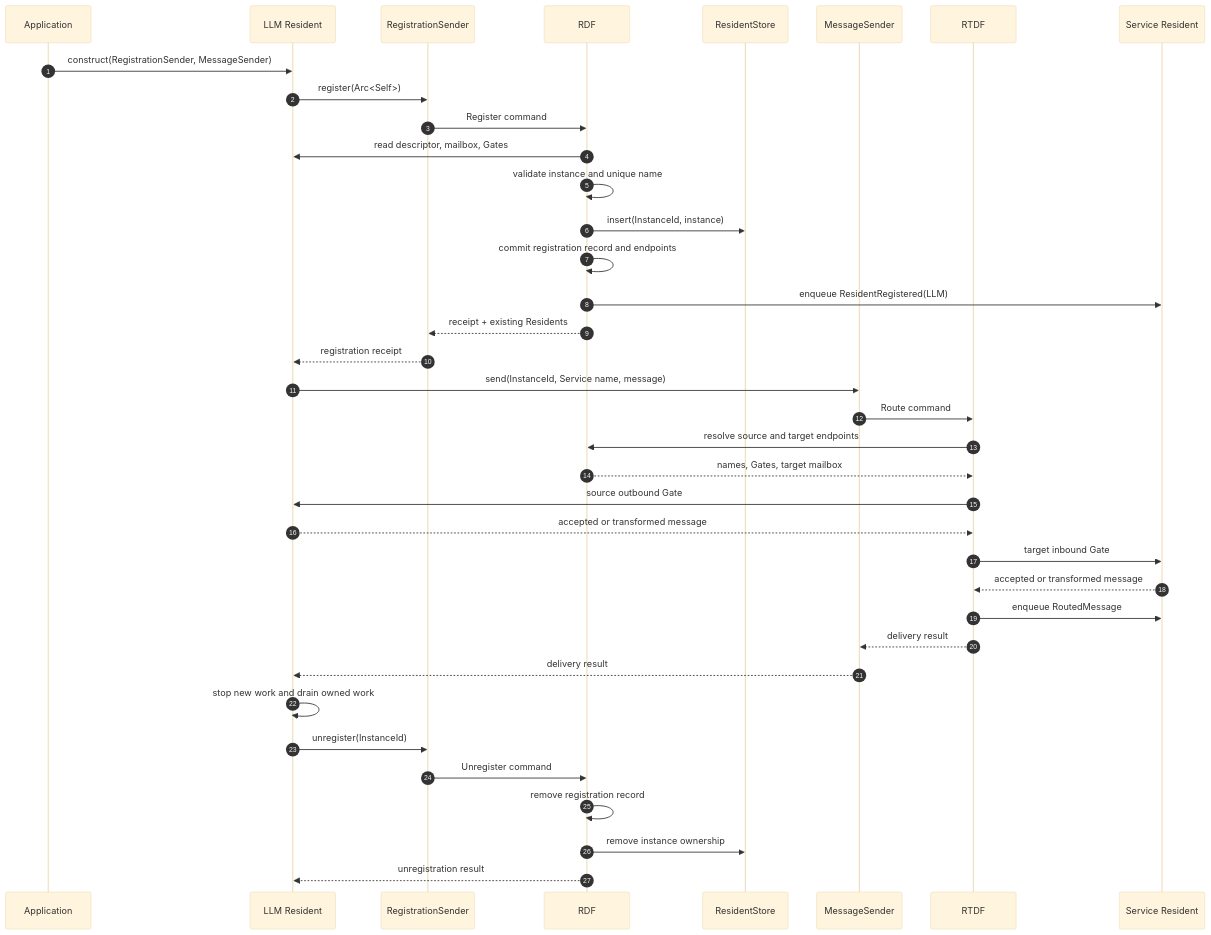
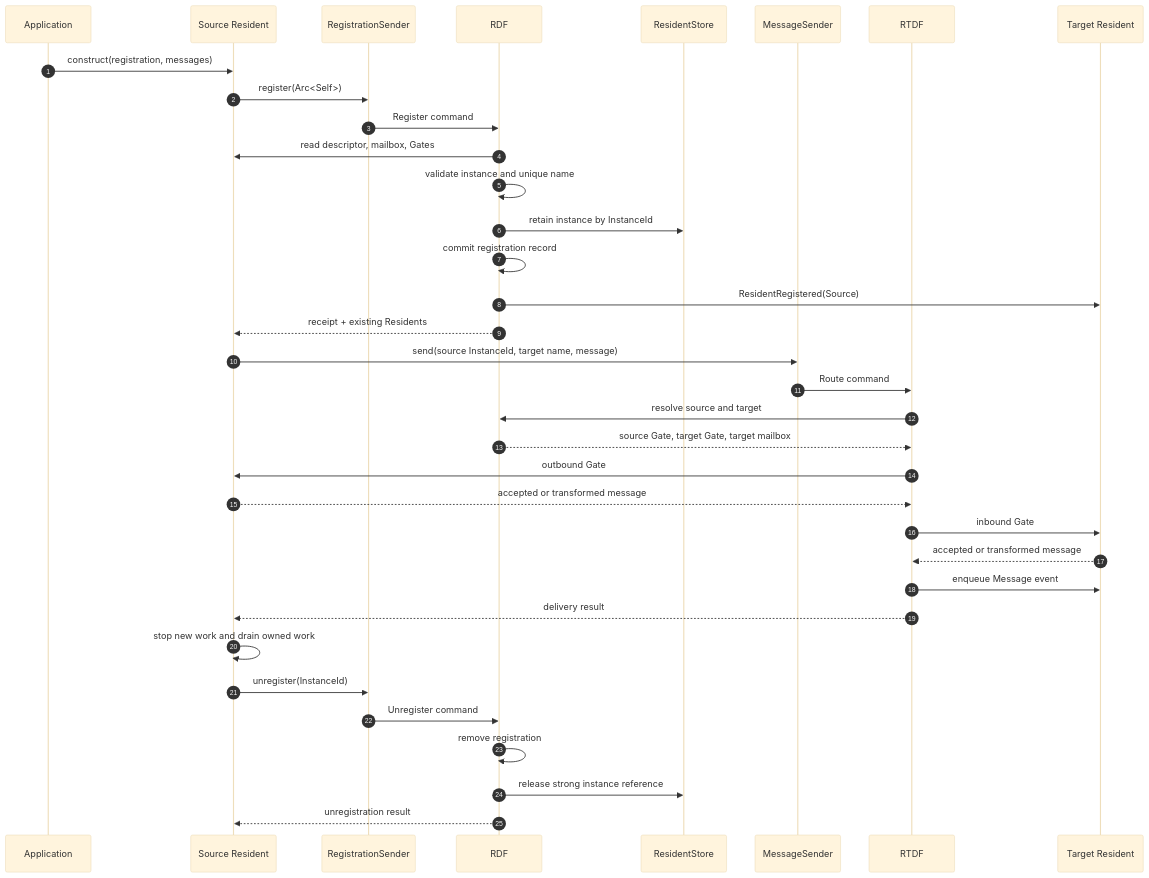
One commit to Heyu2002/NormaHarness changed the second of 2 diagrams in README.md. Above: the diagram before and after it, drawn with Mermaid (base theme). The commit also changed other lines of this file and 1 other file, not shown here.

````diff
--- a/README.md
+++ b/README.md
@@ -17,42 +193,40 @@
 ```mermaid
 sequenceDiagram
     autonumber
     participant App as Application
-    participant LLM as LLM Resident
+    participant Source as Source Resident
     participant Reg as RegistrationSender
     participant RDF
     participant Store as ResidentStore
     participant Msg as MessageSender
     participant RTDF
-    participant Service as Service Resident
+    participant Target as Target Resident
 
-    App->>LLM: construct(RegistrationSender, MessageSender)
-    LLM->>Reg: register(Arc<Self>)
+    App->>Source: construct(registration, messages)
+    Source->>Reg: register(Arc<Self>)
     Reg->>RDF: Register command
-    RDF->>LLM: read descriptor, mailbox, Gates
+    RDF->>Source: read descriptor, mailbox, Gates
     RDF->>RDF: validate instance and unique name
-    RDF->>Store: insert(InstanceId, instance)
-    RDF->>RDF: commit registration record and endpoints
-    RDF->>Service: enqueue ResidentRegistered(LLM)
-    RDF-->>Reg: receipt + existing Residents
-    Reg-->>LLM: registration receipt
+    RDF->>Store: retain instance by InstanceId
+    RDF->>RDF: commit registration record
+    RDF->>Target: ResidentRegistered(Source)
+    RDF-->>Source: receipt + existing Residents
 
-    LLM->>Msg: send(InstanceId, Service name, message)
+    Source->>Msg: send(source InstanceId, target name, message)
     Msg->>RTDF: Route command
-    RTDF->>RDF: resolve source and target endpoints
-    RDF-->>RTDF: names, Gates, target mailbox
-    RTDF->>LLM: source outbound Gate
-    LLM-->>RTDF: accepted or transformed message
-    RTDF->>Service: target inbound Gate
-    Service-->>RTDF: accepted or transformed message
-    RTDF->>Service: enqueue RoutedMessage
-    RTDF-->>Msg: delivery result
-    Msg-->>LLM: delivery result
+    RTDF->>RDF: resolve source and target
+    RDF-->>RTDF: source Gate, target Gate, target mailbox
+    RTDF->>Source: outbound Gate
+    Source-->>RTDF: accepted or transformed message
+    RTDF->>Target: inbound Gate
+    Target-->>RTDF: accepted or transformed message
+    RTDF->>Target: enqueue Message event
+    RTDF-->>Source: delivery result
 
-    LLM->>LLM: stop new work and drain owned work
-    LLM->>Reg: unregister(InstanceId)
+    Source->>Source: stop new work and drain owned work
+    Source->>Reg: unregister(InstanceId)
     Reg->>RDF: Unregister command
-    RDF->>RDF: remove registration record
-    RDF->>Store: remove instance ownership
-    RDF-->>LLM: unregistration result
+    RDF->>RDF: remove registration
+    RDF->>Store: release strong instance reference
+    RDF-->>Source: unregistration result
 ```
````
